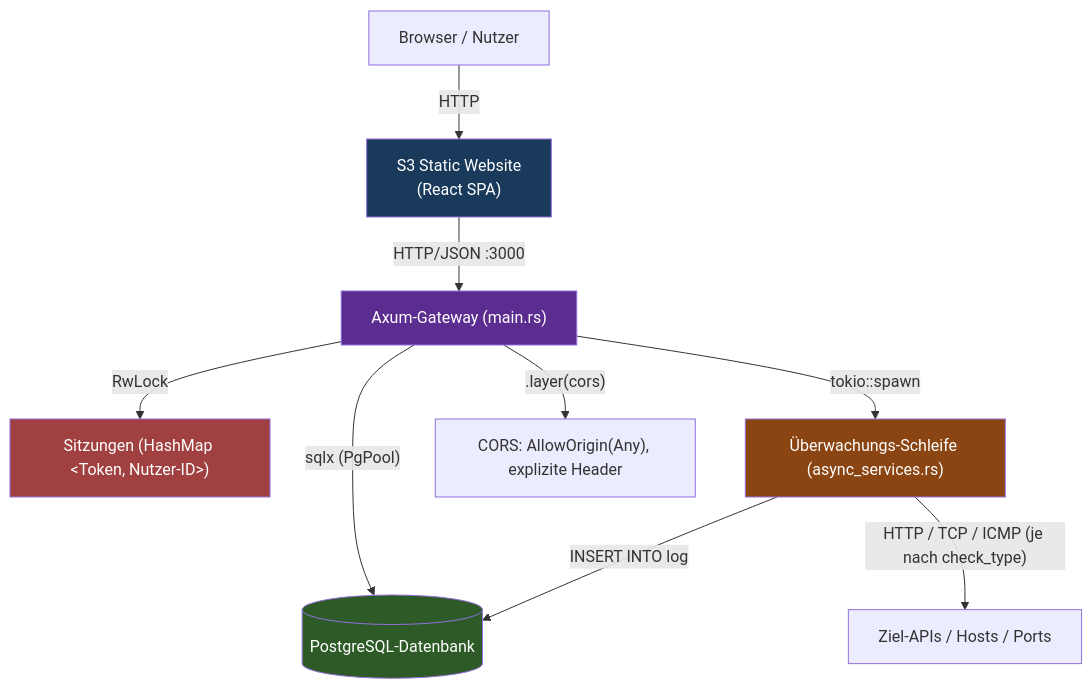
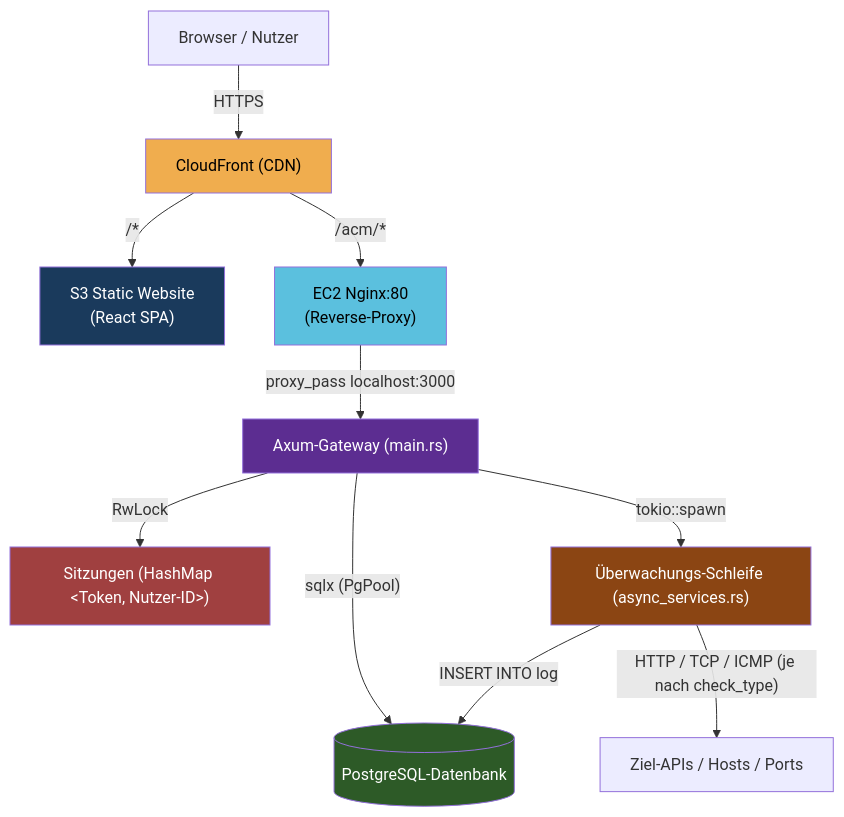
Before and after one commit to DevDaio/ACM_API-Connection-Monitor: the first of 10 diagrams in explain-canvas.md, drawn with Mermaid. The commit also changed other lines of this file and 7 other files, not shown here.

First line of the commit message:
feat: HTTPS via CloudFront + Nginx reverse proxy

````diff
--- a/explain-canvas.md
+++ b/explain-canvas.md
@@ -9,17 +9,20 @@
 ```mermaid
 graph TD
-    U["Browser / Nutzer"] -->|"HTTP"| FE["S3 Static Website<br/>(React SPA)"]
-    FE -->|"HTTP/JSON :3000"| GW["Axum-Gateway (main.rs)"]
+    U["Browser / Nutzer"] -->|"HTTPS"| CF["CloudFront (CDN)"]
+    CF -->|"/*"| FE["S3 Static Website<br/>(React SPA)"]
+    CF -->|"/acm/*"| N["EC2 Nginx:80<br/>(Reverse-Proxy)"]
+    N -->|"proxy_pass localhost:3000"| GW["Axum-Gateway (main.rs)"]
     GW -->|"sqlx (PgPool)"| DB[("PostgreSQL-Datenbank")]
     GW -->|"RwLock"| SESS["Sitzungen (HashMap &lt;Token, Nutzer-ID&gt;)"]
     GW -->|"tokio::spawn"| ML["Überwachungs-Schleife (async_services.rs)"]
     ML -->|"HTTP / TCP / ICMP (je nach check_type)"| TGT["Ziel-APIs / Hosts / Ports"]
     ML -->|"INSERT INTO log"| DB
-    GW -->|".layer(cors)"| CORS["CORS: AllowOrigin(Any), explizite Header"]
 
+    style CF fill:#f0ad4e,color:#000
     style FE fill:#1a3a5c,color:#fff
+    style N fill:#5bc0de,color:#000
     style GW fill:#5c2d91,color:#fff
     style DB fill:#2d5a27,color:#fff
     style ML fill:#8b4513,color:#fff
     style SESS fill:#a04040,color:#fff
 ```
````
